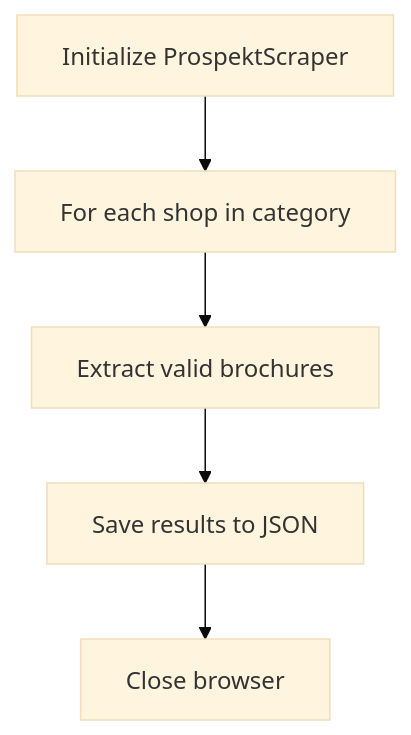
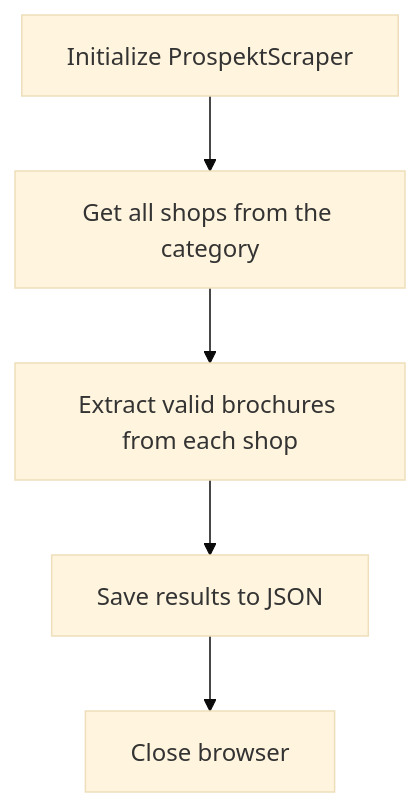
Before and after one commit to xsporina/prospekt_scraper: the diagram in README.md, drawn with Mermaid (base theme).

````diff
--- a/README.md
+++ b/README.md
@@ -13,7 +13,7 @@
 ```mermaid
 graph TD;
-    A[Initialize ProspektScraper] --> B[For each shop in category]
-    B --> C[Extract valid brochures]
+    A[Initialize ProspektScraper] --> B[Get all shops from the category]
+    B --> C[Extract valid brochures from each shop]
     C --> D[Save results to JSON]
     D --> E[Close browser]
 ```
````
